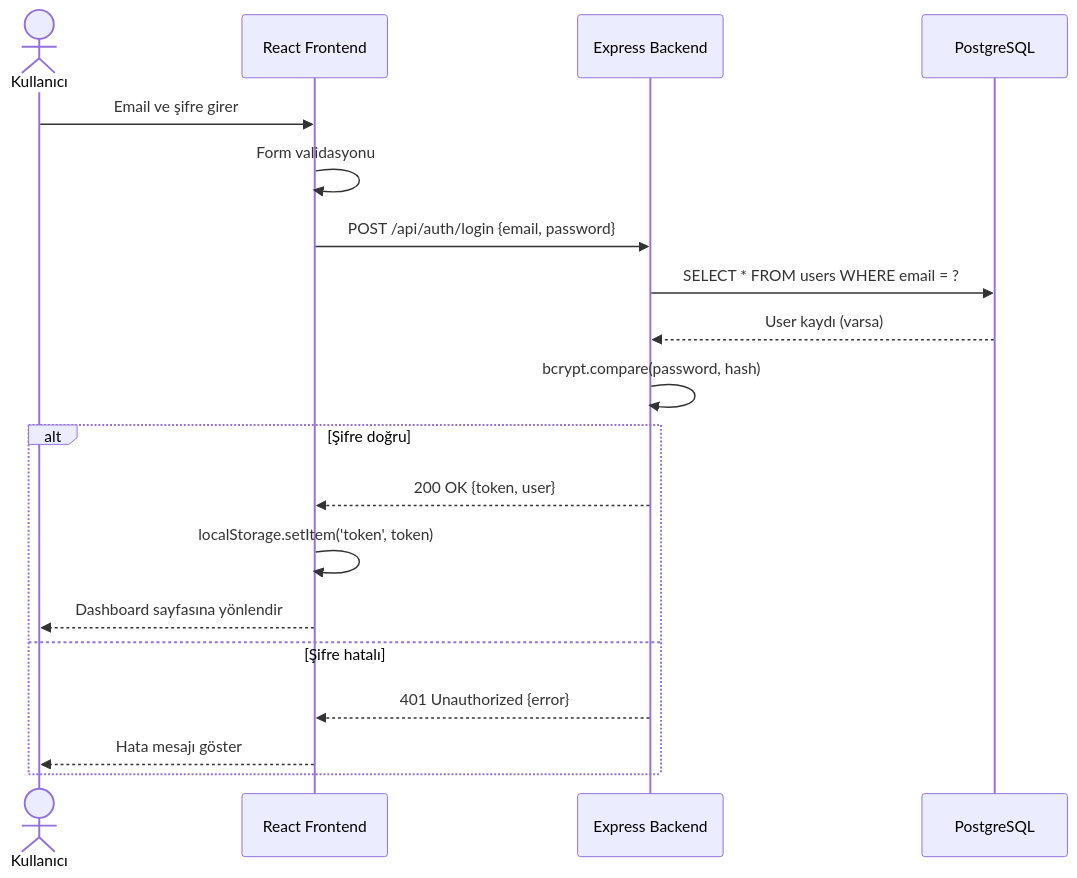
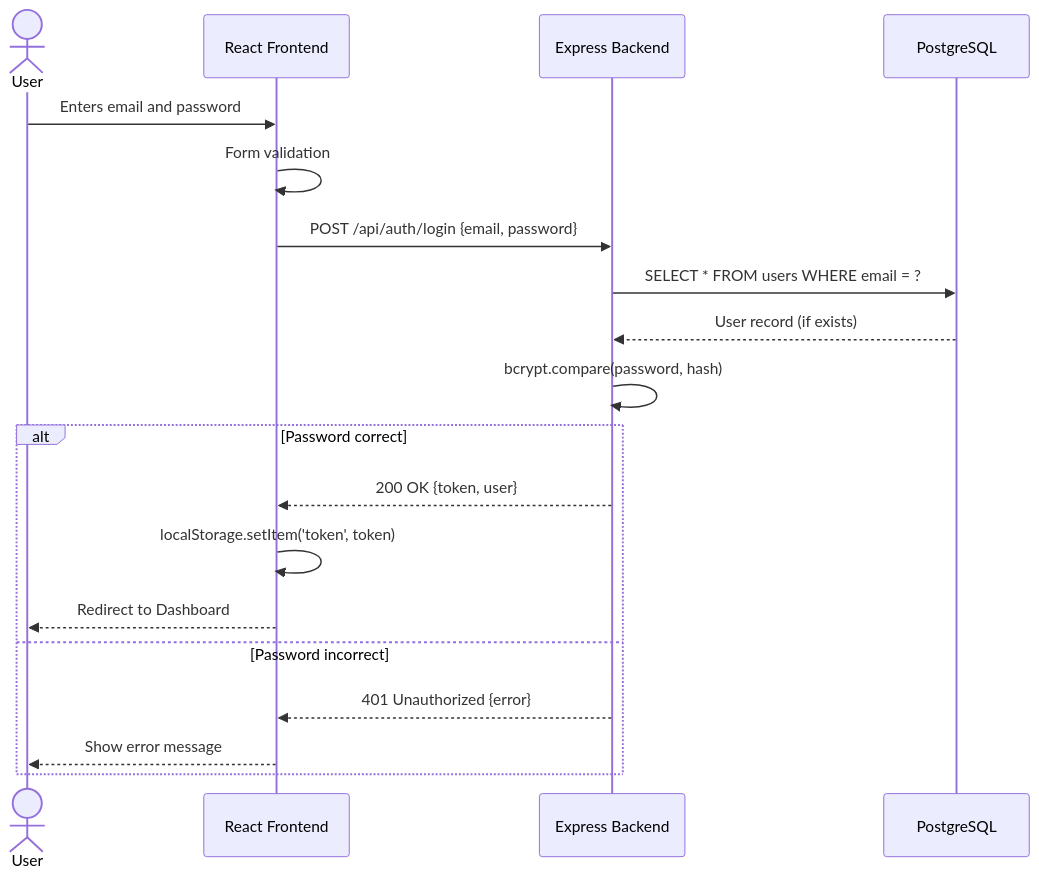
The third of 6 diagrams in docs/architecture/SDD_v3.md (beyzadegirmenci/LifeSync), drawn with Mermaid before and after one commit. The commit also changed other lines of this file, not shown here.

````diff
--- a/docs/architecture/SDD_v3.md
+++ b/docs/architecture/SDD_v3.md
@@ -172,22 +169,22 @@
 ```mermaid
 sequenceDiagram
-    actor U as Kullanıcı
+    actor U as User
     participant F as React Frontend
     participant B as Express Backend
     participant D as PostgreSQL
 
-    U->>F: Email ve şifre girer
-    F->>F: Form validasyonu
+    U->>F: Enters email and password
+    F->>F: Form validation
     F->>B: POST /api/auth/login {email, password}
     B->>D: SELECT * FROM users WHERE email = ?
-    D-->>B: User kaydı (varsa)
+    D-->>B: User record (if exists)
     B->>B: bcrypt.compare(password, hash)
-    alt Şifre doğru
+    alt Password correct
         B-->>F: 200 OK {token, user}
         F->>F: localStorage.setItem('token', token)
-        F-->>U: Dashboard sayfasına yönlendir
-    else Şifre hatalı
+        F-->>U: Redirect to Dashboard
+    else Password incorrect
         B-->>F: 401 Unauthorized {error}
-        F-->>U: Hata mesajı göster
+        F-->>U: Show error message
     end
 ```
````
